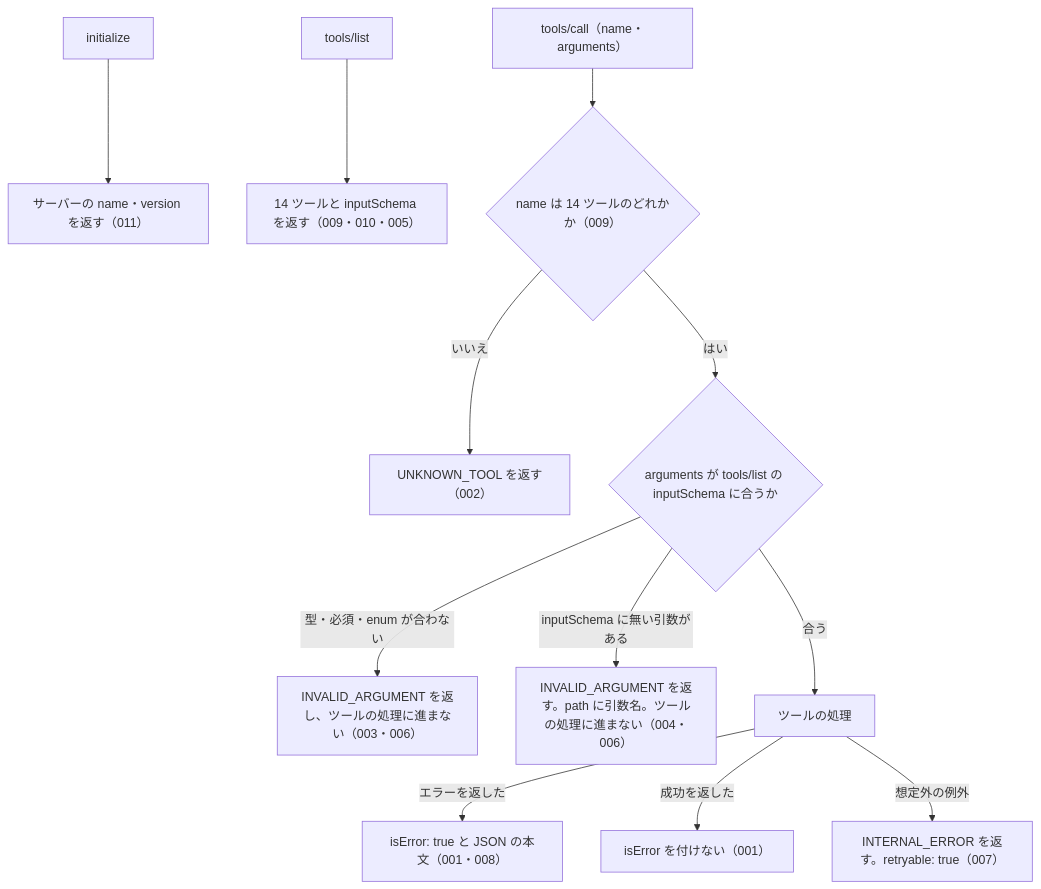
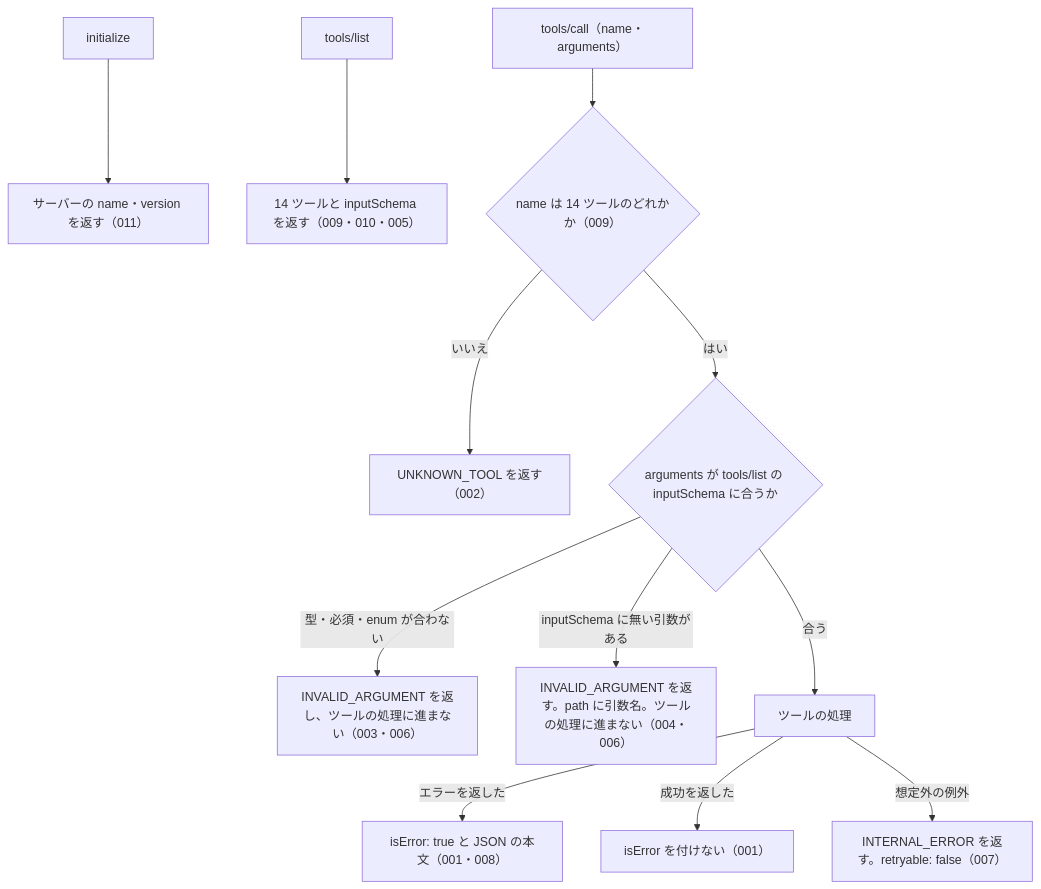
The diagram in specs/current/common_errors/spec.md (shuji-bonji/houki-egov-mcp), drawn with Mermaid before and after one commit. The commit also changed other lines of this file and 27 other files, not shown here.

````diff
--- a/specs/current/common_errors/spec.md
+++ b/specs/current/common_errors/spec.md
@@ -81,14 +81,14 @@
 ```mermaid
 flowchart TD
   I["initialize"] --> I1["サーバーの name・version を返す（011）"]
   L["tools/list"] --> L1["14 ツールと inputSchema を返す（009・010・005）"]
   A["tools/call（name・arguments）"] --> B{"name は 14 ツールのどれかか（009）"}
   B -- いいえ --> E1["UNKNOWN_TOOL を返す（002）"]
   B -- はい --> C{"arguments が tools/list の inputSchema に合うか"}
   C -- "型・必須・enum が合わない" --> E2["INVALID_ARGUMENT を返し、ツールの処理に進まない（003・006）"]
   C -- "inputSchema に無い引数がある" --> E3["INVALID_ARGUMENT を返す。path に引数名。ツールの処理に進まない（004・006）"]
   C -- 合う --> D["ツールの処理"]
   D -- "エラーを返した" --> F["isError: true と JSON の本文（001・008）"]
   D -- "成功を返した" --> G["isError を付けない（001）"]
-  D -- "想定外の例外" --> E4["INTERNAL_ERROR を返す。retryable: true（007）"]
+  D -- "想定外の例外" --> E4["INTERNAL_ERROR を返す。retryable: false（007）"]
 ```
````
